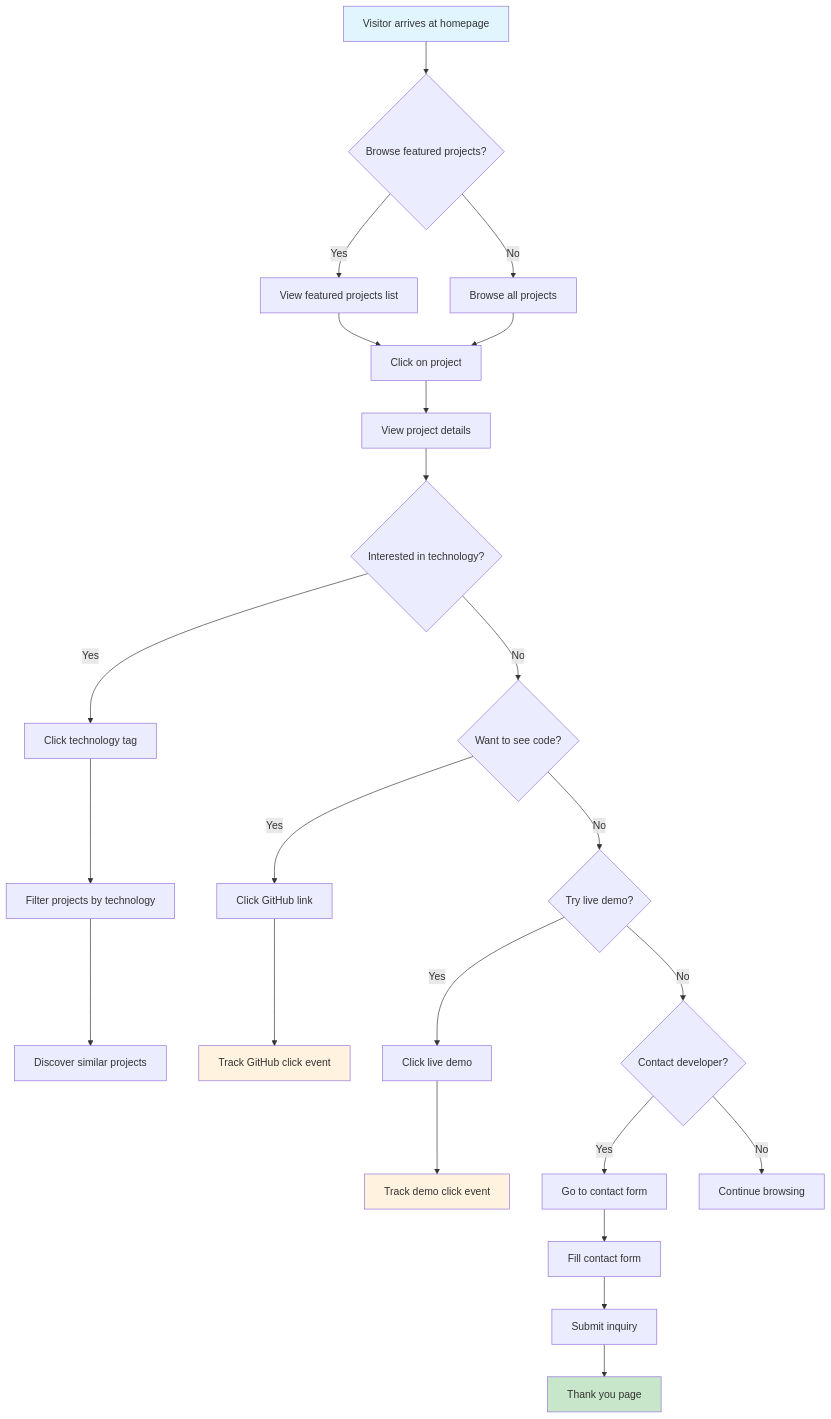
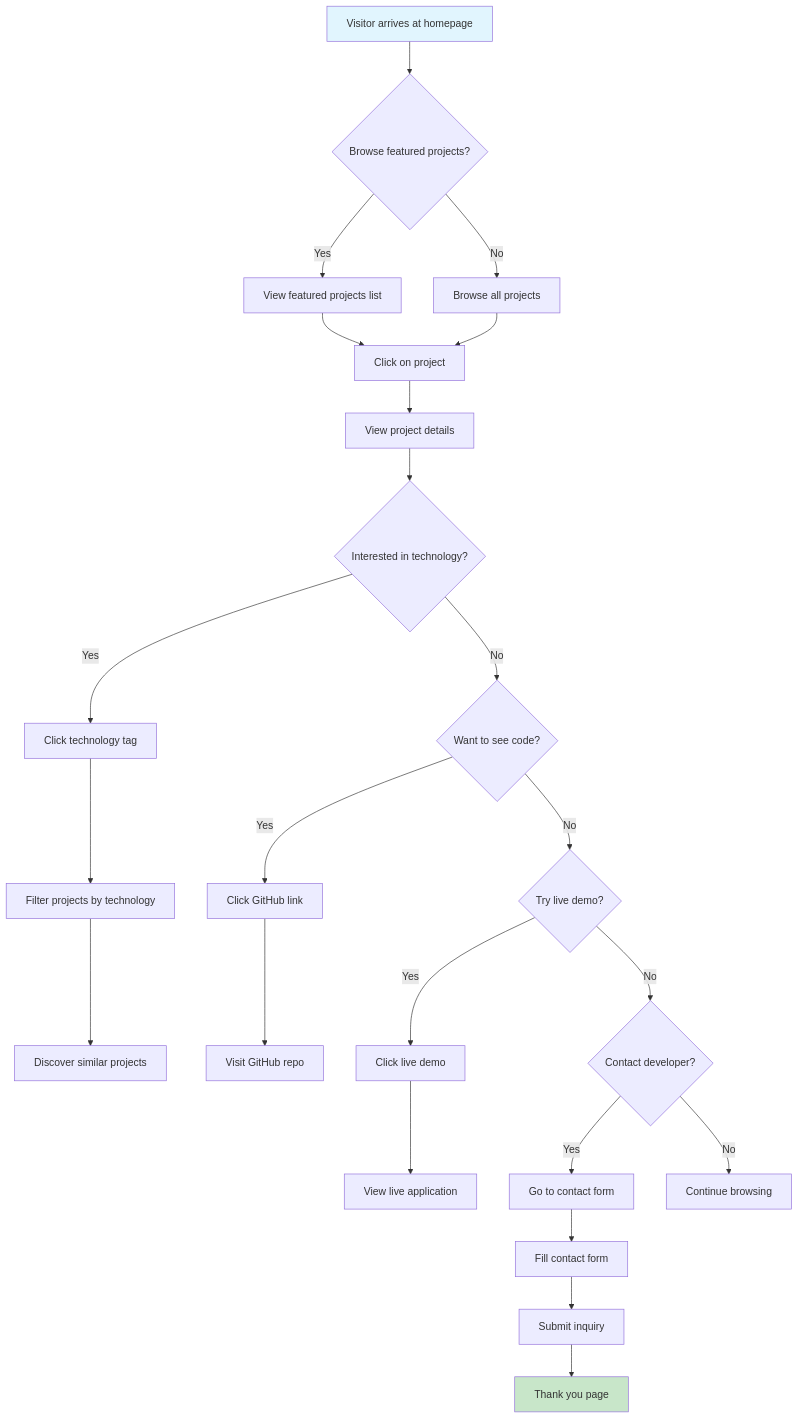
One commit to caseythecoder90/personal-website-backend changed the second of 10 diagrams in docs/architecture/DIAGRAMS.md. Above: the diagram before and after it, drawn with Mermaid. The commit also changed other lines of this file and 22 other files, not shown here.

````diff
--- a/docs/architecture/DIAGRAMS.md
+++ b/docs/architecture/DIAGRAMS.md
@@ -39,38 +39,36 @@
 ```mermaid
 flowchart TD
     A[Visitor arrives at homepage] --> B{Browse featured projects?}
     B -->|Yes| C[View featured projects list]
     B -->|No| D[Browse all projects]
-    
+
     C --> E[Click on project]
     D --> E
-    
+
     E --> F[View project details]
     F --> G{Interested in technology?}
-    
+
     G -->|Yes| H[Click technology tag]
     G -->|No| I{Want to see code?}
-    
+
     H --> J[Filter projects by technology]
     J --> K[Discover similar projects]
-    
+
     I -->|Yes| L[Click GitHub link]
     I -->|No| M{Try live demo?}
-    
-    L --> N[Track GitHub click event]
+
+    L --> N[Visit GitHub repo]
     M -->|Yes| O[Click live demo]
     M -->|No| P{Contact developer?}
-    
-    O --> Q[Track demo click event]
+
+    O --> Q[View live application]
     P -->|Yes| R[Go to contact form]
     P -->|No| S[Continue browsing]
-    
+
     R --> T[Fill contact form]
     T --> U[Submit inquiry]
     U --> V[Thank you page]
-    
+
     style A fill:#e1f5fe
     style V fill:#c8e6c9
-    style N fill:#fff3e0
-    style Q fill:#fff3e0
 ```
````
